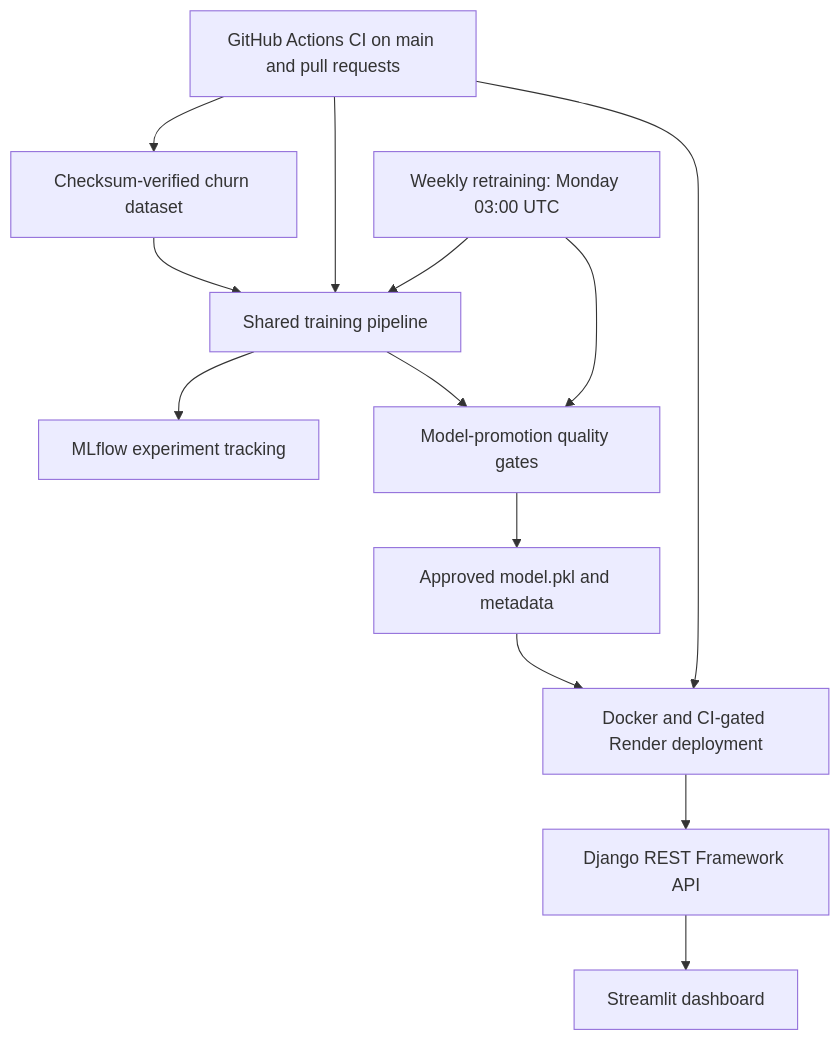
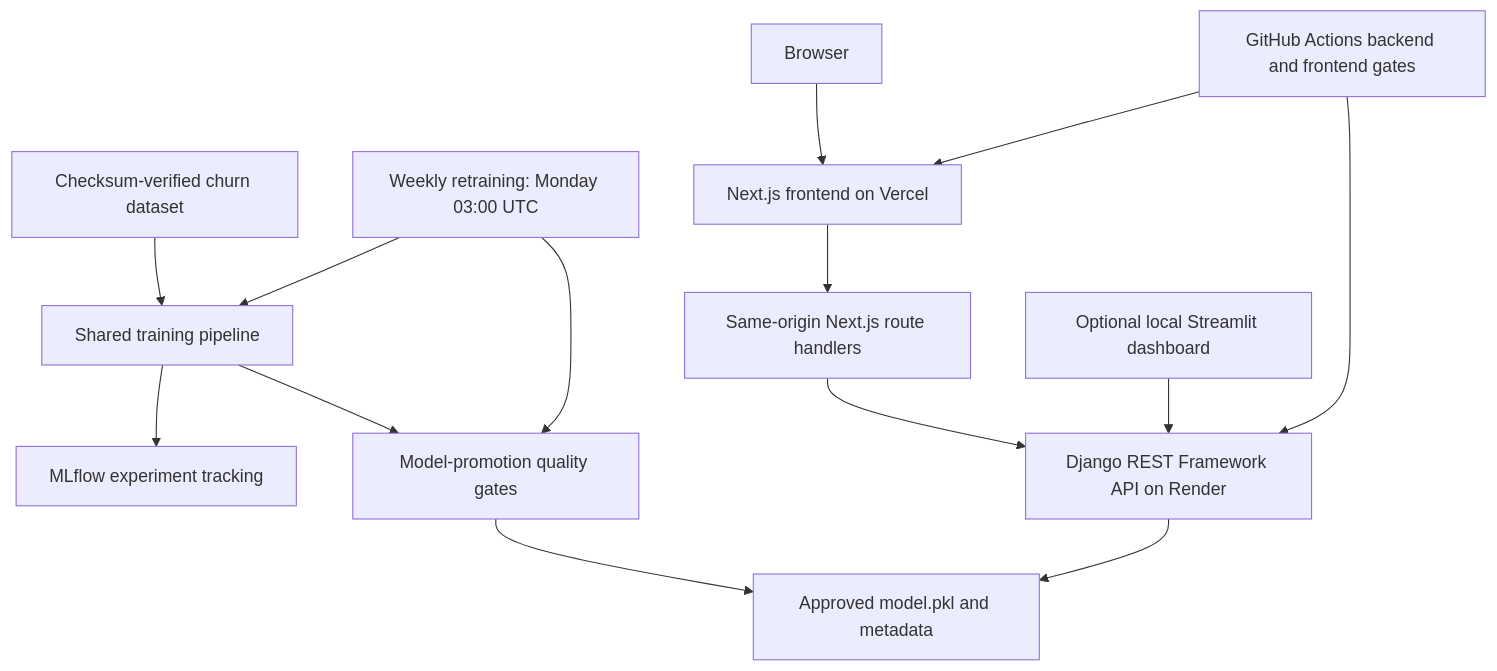
One commit to Bol-F/boraq-task2 changed the diagram in README.md. Above: the diagram before and after it, drawn with Mermaid. The commit also changed other lines of this file and 1 other file, not shown here.

Commit message:
docs: document render and vercel deployment

````diff
--- a/README.md
+++ b/README.md
@@ -35,16 +37,18 @@
 ```mermaid
 flowchart TD
     D[Checksum-verified churn dataset] --> T[Shared training pipeline]
     T --> M[MLflow experiment tracking]
     T --> P[Model-promotion quality gates]
     P --> A[Approved model.pkl and metadata]
-    A --> DEPLOY[Docker and CI-gated Render deployment]
-    DEPLOY --> API[Django REST Framework API]
-    API --> UI[Streamlit dashboard]
 
-    CI[GitHub Actions CI on main and pull requests] --> D
-    CI --> T
-    CI --> DEPLOY
+    B[Browser] --> V[Next.js frontend on Vercel]
+    V --> X[Same-origin Next.js route handlers]
+    X --> API[Django REST Framework API on Render]
+    API --> A
+
+    S[Optional local Streamlit dashboard] --> API
+    CI[GitHub Actions backend and frontend gates] --> API
+    CI --> V
     R[Weekly retraining: Monday 03:00 UTC] --> T
     R --> P
 ```
````
